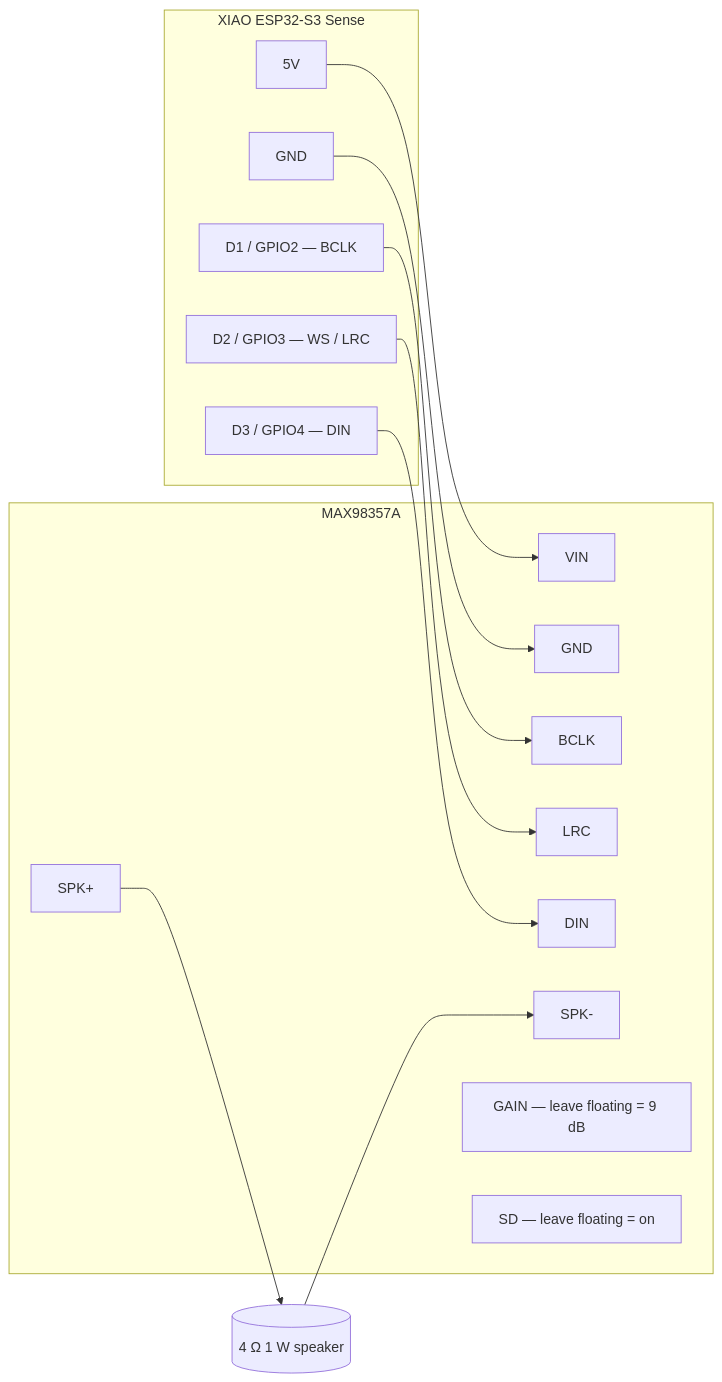
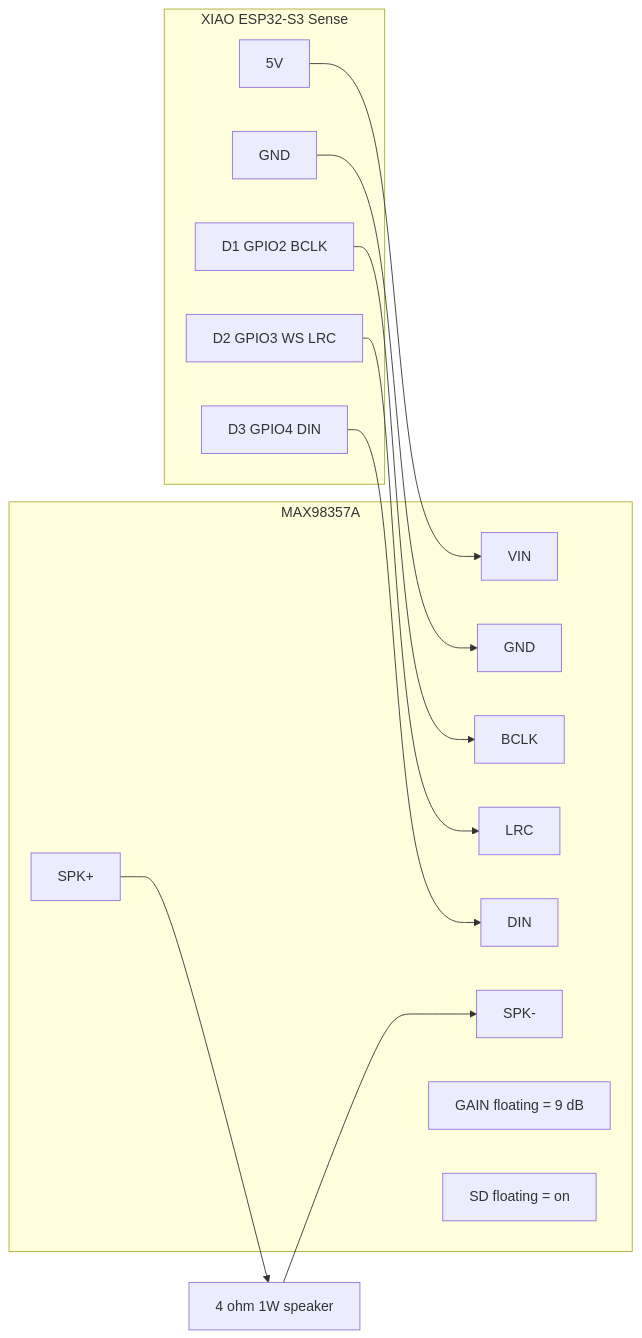
The third of 3 diagrams in docs/HARDWARE.md (PascalAI2024/JarvisNano), drawn with Mermaid before and after one commit. The commit also changed other lines of this file and 2 other files, not shown here.

Commit message:
fix: sanitize all mermaid blocks for GitHub renderer (strip emojis, sup-2, em-dash, padded titles)

````diff
--- a/docs/HARDWARE.md
+++ b/docs/HARDWARE.md
@@ -123,32 +125,32 @@
 ```mermaid
 flowchart LR
     subgraph X[XIAO ESP32-S3 Sense]
         V5[5V]
         GND[GND]
-        D1[D1 / GPIO2 — BCLK]
-        D2[D2 / GPIO3 — WS / LRC]
-        D3[D3 / GPIO4 — DIN]
+        D1[D1 GPIO2 BCLK]
+        D2[D2 GPIO3 WS LRC]
+        D3[D3 GPIO4 DIN]
     end
 
     subgraph A[MAX98357A]
         VIN[VIN]
         AGND[GND]
         BCLK[BCLK]
         LRC[LRC]
         DIN[DIN]
         SPK1[SPK+]
         SPK2[SPK-]
-        GAIN[GAIN — leave floating = 9 dB]
-        SD[SD — leave floating = on]
+        GAIN[GAIN floating = 9 dB]
+        SD[SD floating = on]
     end
 
-    SPKR[(4 Ω 1 W speaker)]
+    SPKR[4 ohm 1W speaker]
 
     V5 --> VIN
     GND --> AGND
     D1 --> BCLK
     D2 --> LRC
     D3 --> DIN
     SPK1 --> SPKR
     SPKR --> SPK2
 ```
````
